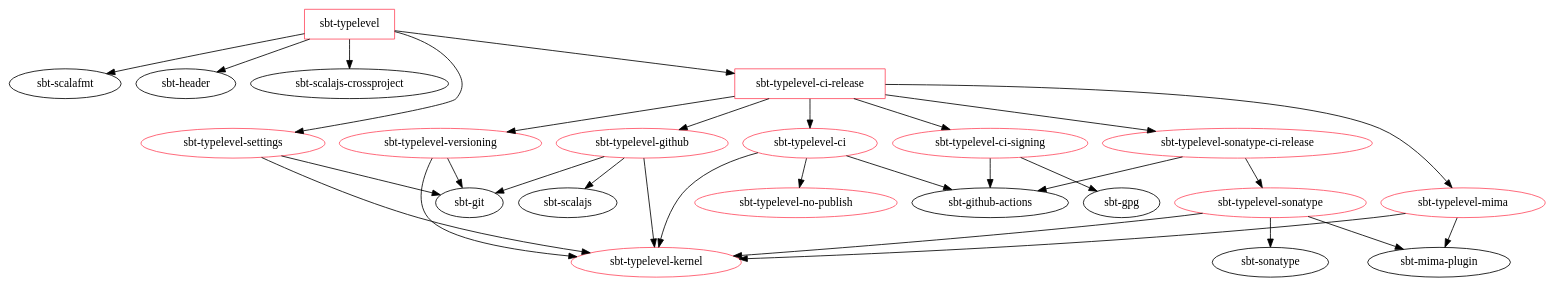
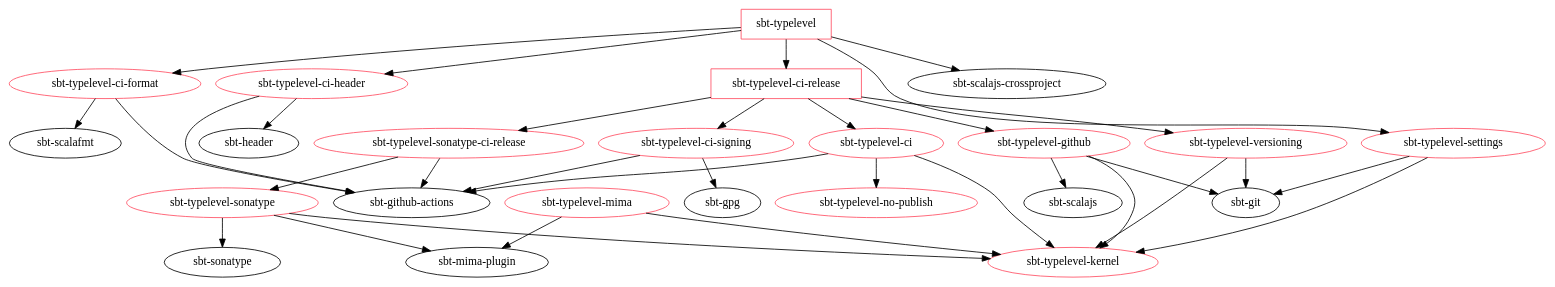
Before and after one commit to typelevel/sbt-typelevel: the diagram in docs/plugins.dot, drawn with Graphviz. The commit also changed 1 other file, not shown here.

Commit message:
Update plugins diagram

```diff
--- a/docs/plugins.dot
+++ b/docs/plugins.dot
@@ -1,70 +1,77 @@
 digraph {
 
   fmt[label="sbt-scalafmt"]
   gha[label="sbt-github-actions"]
   git[label="sbt-git"]
   gpg[label="sbt-gpg"]
   header[label="sbt-header"]
   mima[label="sbt-mima-plugin"]
   sonatype[label="sbt-sonatype"]
   sjs[label="sbt-scalajs"]
   sjscp[label="sbt-scalajs-crossproject"]
 
   node[color="#FF4C61"];
 
   tlkernel[label="sbt-typelevel-kernel"];
 
   tlnopub[label="sbt-typelevel-no-publish"];
 
   tlsettings[label="sbt-typelevel-settings"];
   tlsettings -> tlkernel;
   tlsettings -> git;
 
   tlgithub[label="sbt-typelevel-github"];
   tlgithub -> tlkernel;
   tlgithub -> git;
   tlgithub -> sjs;
 
   tlversioning[label="sbt-typelevel-versioning"];
   tlversioning -> tlkernel;
   tlversioning -> git;
 
   tlmima[label="sbt-typelevel-mima"];
   tlmima -> tlkernel;
   tlmima -> mima;
 
   tlsonatype[label="sbt-typelevel-sonatype"];
   tlsonatype -> tlkernel;
   tlsonatype -> sonatype;
   tlsonatype -> mima;
 
   tlcisigning[label="sbt-typelevel-ci-signing"];
   tlcisigning -> gha;
   tlcisigning -> gpg;
 
   tlsonatypecirelease[label="sbt-typelevel-sonatype-ci-release"];
   tlsonatypecirelease -> tlsonatype;
   tlsonatypecirelease -> gha;
 
   tlci[label="sbt-typelevel-ci"];
   tlci -> tlkernel;
   tlci -> tlnopub;
   tlci -> gha;
 
+  tlciformat[label="sbt-typelevel-ci-format"];
+  tlciformat -> fmt;
+  tlciformat -> gha;
+
+  tlciheader[label="sbt-typelevel-ci-header"];
+  tlciheader -> header;
+  tlciheader -> gha;
+
   node[shape="box"];
 
   tlcirelease[label="sbt-typelevel-ci-release"];
   tlcirelease -> tlci;
   tlcirelease -> tlgithub;
   tlcirelease -> tlversioning;
-  tlcirelease -> tlmima;
   tlcirelease -> tlsonatypecirelease;
   tlcirelease -> tlcisigning;
 
   tl[label="sbt-typelevel"];
   tl -> tlsettings;
   tl -> tlcirelease;
-  tl -> fmt;
-  tl -> header;
+  tl -> tlciformat;
+  tl -> tlciheader;
   tl -> sjscp;
 }
```
